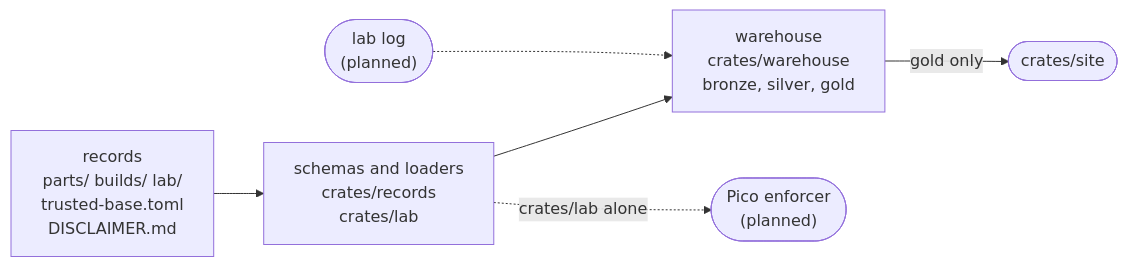
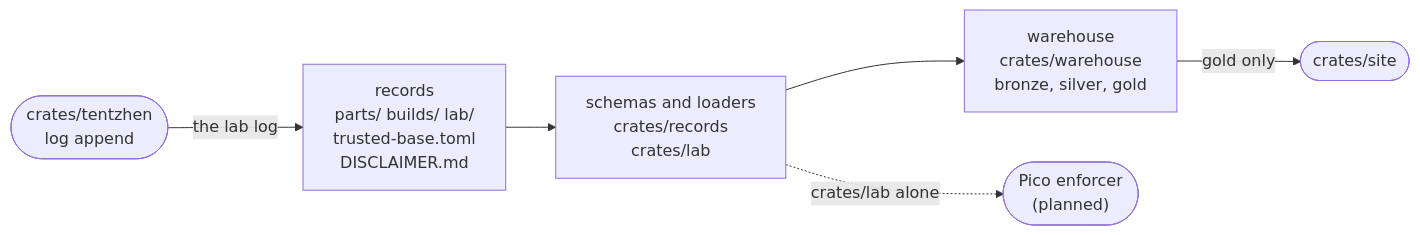
One commit to via-balaena/tentzhen changed the diagram in docs/architecture.md. Above: the diagram before and after it, drawn with Mermaid. The commit also changed other lines of this file and 17 other files, not shown here.

First line of the commit message:
Lab log: every hardware action, one JSON line chained by sha256 (step 5a) (#26)

````diff
--- a/docs/architecture.md
+++ b/docs/architecture.md
@@ -9,12 +9,12 @@
 ```mermaid
 flowchart LR
   records["records<br/>parts/ builds/ lab/<br/>trusted-base.toml<br/>DISCLAIMER.md"]
   schemas["schemas and loaders<br/>crates/records<br/>crates/lab"]
   warehouse["warehouse<br/>crates/warehouse<br/>bronze, silver, gold"]
   site(["crates/site"])
   enforcer(["Pico enforcer<br/>(planned)"])
-  lablog(["lab log<br/>(planned)"])
+  host(["crates/tentzhen<br/>log append"])
   records --> schemas --> warehouse -- gold only --> site
   schemas -. crates/lab alone .-> enforcer
-  lablog -.-> warehouse
+  host -- the lab log --> records
 ```
````
